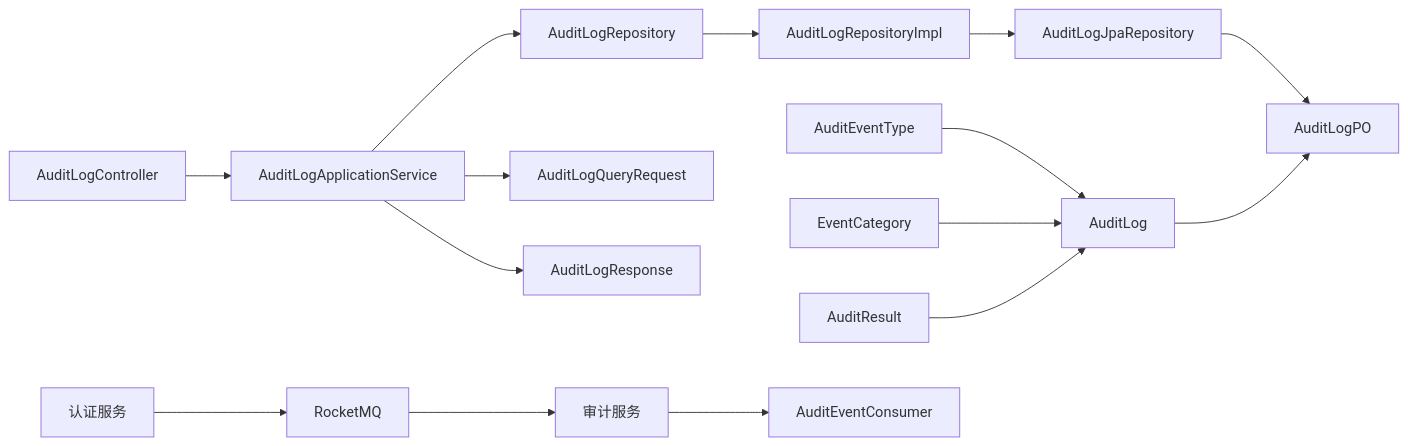
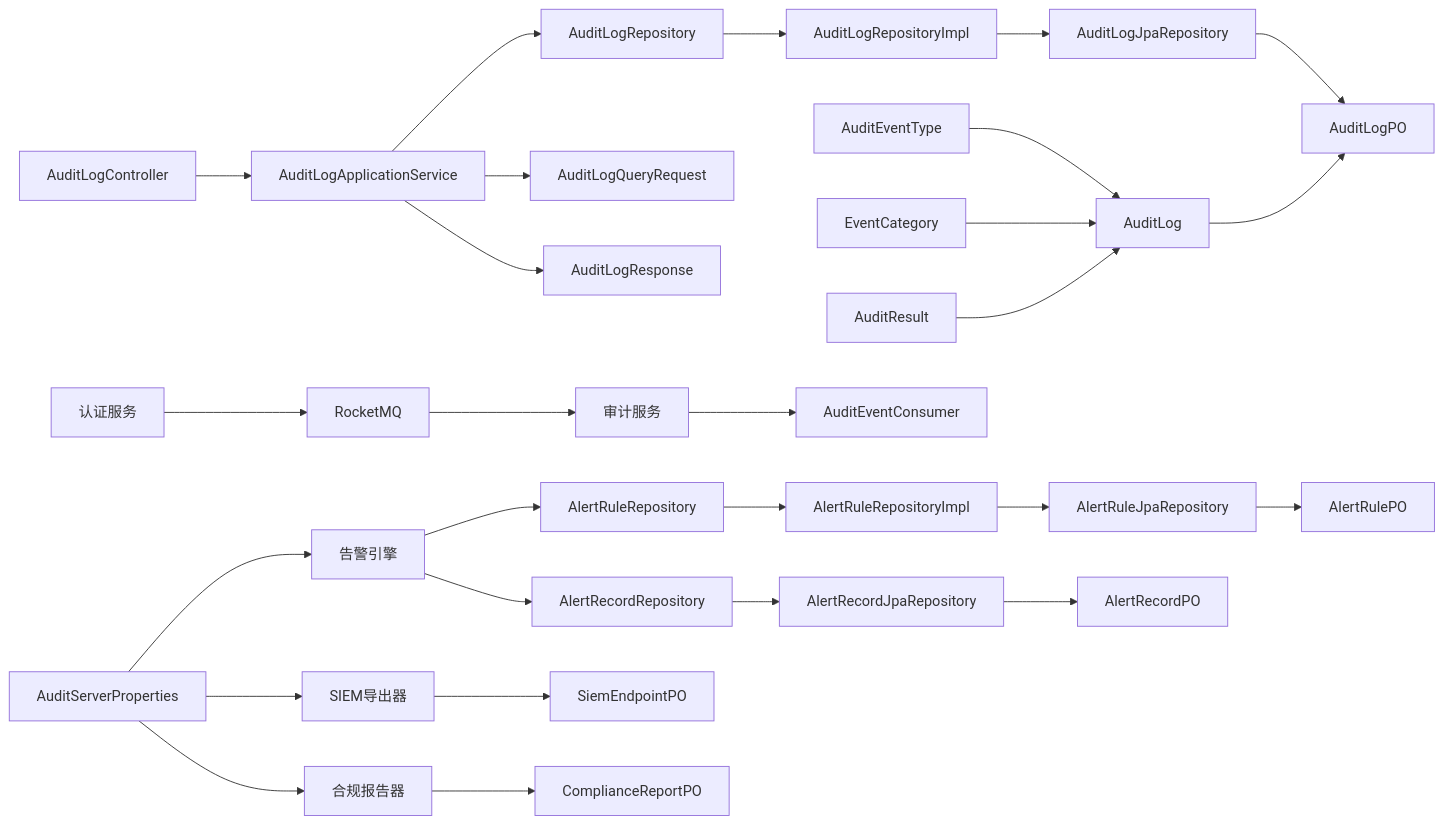
One commit to fq0121104930716/iam-platform changed the ninth of 12 diagrams in .qoder/repowiki/zh/content/数据库设计/数据库架构/审计日志表.md. Above: the diagram before and after it, drawn with Mermaid. The commit also changed other lines of this file and 46 other files, not shown here.

````diff
--- a/.qoder/repowiki/zh/content/数据库设计/数据库架构/审计日志表.md
+++ b/.qoder/repowiki/zh/content/数据库设计/数据库架构/审计日志表.md
@@ -379,17 +585,29 @@
 ```mermaid
 graph LR
 Ctrl["AuditLogController"] --> Svc["AuditLogApplicationService"]
 Svc --> RepoI["AuditLogRepository"]
 RepoI --> Impl["AuditLogRepositoryImpl"]
 Impl --> JRepo["AuditLogJpaRepository"]
 JRepo --> PO["AuditLogPO"]
 Svc --> Req["AuditLogQueryRequest"]
 Svc --> Res["AuditLogResponse"]
 Entity["AuditLog"] --> PO
 EnumE["AuditEventType"] --> Entity
 EnumC["EventCategory"] --> Entity
 EnumR["AuditResult"] --> Entity
 AuthSvc["认证服务"] --> MQ["RocketMQ"]
 MQ --> AuditSvc["审计服务"]
 AuditSvc --> Consumer["AuditEventConsumer"]
+AlertEngine["告警引擎"] --> AlertRepoI["AlertRuleRepository"]
+AlertEngine --> RecordRepoI["AlertRecordRepository"]
+AlertRepoI --> AlertImpl["AlertRuleRepositoryImpl"]
+RecordRepoI --> RecordJpa["AlertRecordJpaRepository"]
+AlertImpl --> AlertJpa["AlertRuleJpaRepository"]
+AlertJpa --> AlertPo["AlertRulePO"]
+RecordJpa --> RecordPo["AlertRecordPO"]
+SIEM["SIEM导出器"] --> SiemPo["SiemEndpointPO"]
+Compliance["合规报告器"] --> CompPo["ComplianceReportPO"]
+Props["AuditServerProperties"] --> AlertEngine
+Props --> SIEM
+Props --> Compliance
 ```
````
